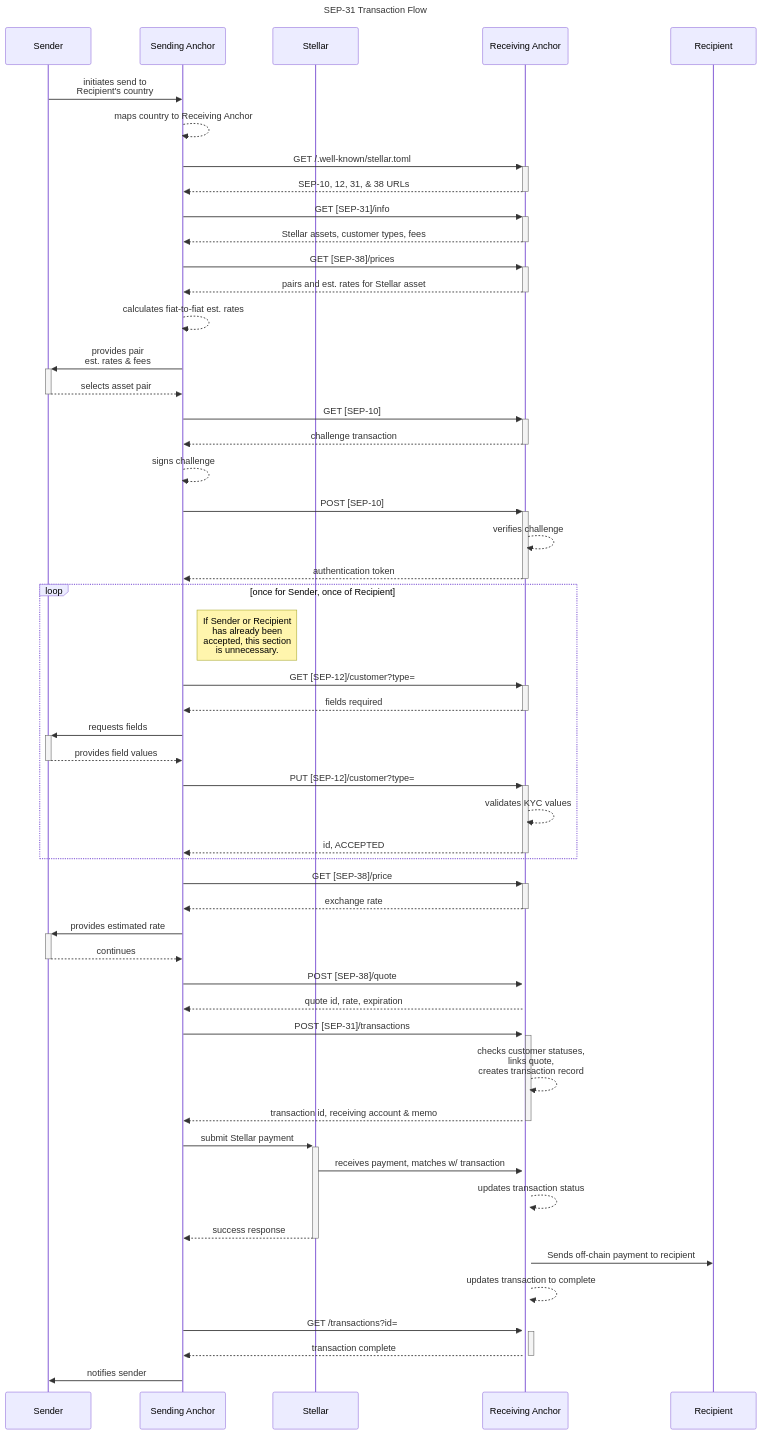
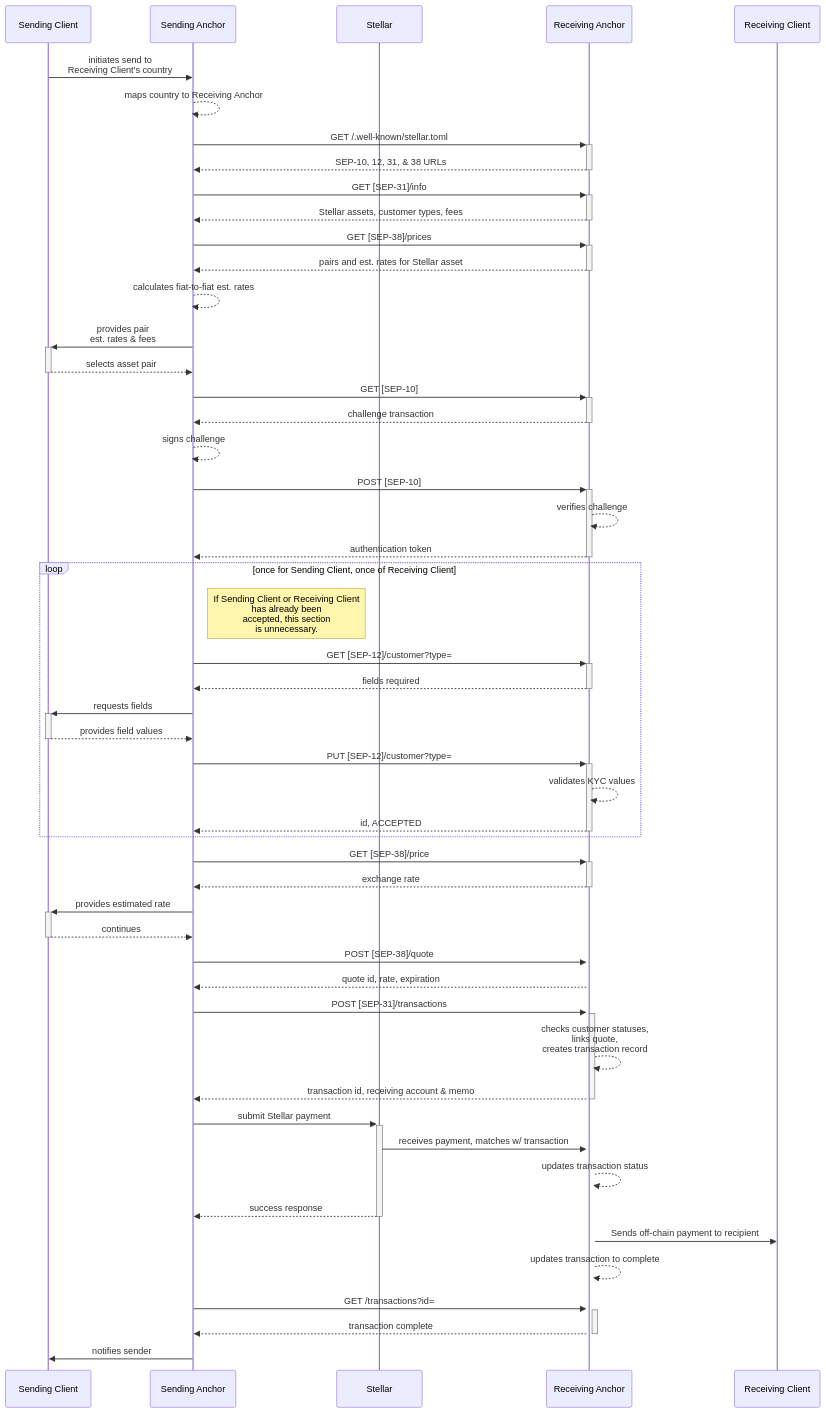
The diagram in ecosystem/sep-0031.md (stellar/stellar-protocol), drawn with Mermaid before and after one commit.

Commit message:
rename sender/recipient

````diff
--- a/ecosystem/sep-0031.md
+++ b/ecosystem/sep-0031.md
@@ -43,62 +43,61 @@
 ```mermaid
 sequenceDiagram
-    title: SEP-31 Transaction Flow
-    participant Sender
+    participant Sending Client
     participant Sending Anchor
     participant Stellar
     participant Receiving Anchor
-    participant Recipient
-    Sender->>Sending Anchor: initiates send to <br> Recipient's country
+    participant Receiving Client
+    Sending Client->>Sending Anchor: initiates send to <br> Receiving Client's country
     Sending Anchor-->>Sending Anchor: maps country to Receiving Anchor
 
     Sending Anchor->>+Receiving Anchor: GET /.well-known/stellar.toml
     Receiving Anchor-->>-Sending Anchor: SEP-10, 12, 31, & 38 URLs
     Sending Anchor->>+Receiving Anchor: GET [SEP-31]/info
     Receiving Anchor-->>-Sending Anchor: Stellar assets, customer types, fees
     Sending Anchor->>+Receiving Anchor: GET [SEP-38]/prices
     Receiving Anchor-->>-Sending Anchor: pairs and est. rates for Stellar asset
 
     Sending Anchor-->>Sending Anchor: calculates fiat-to-fiat est. rates
-    Sending Anchor->>+Sender: provides pair <br> est. rates & fees
-    Sender-->>-Sending Anchor: selects asset pair
+    Sending Anchor->>+Sending Client: provides pair <br> est. rates & fees
+    Sending Client-->>-Sending Anchor: selects asset pair
 
     Sending Anchor->>+Receiving Anchor: GET [SEP-10]
     Receiving Anchor-->>-Sending Anchor: challenge transaction
     Sending Anchor-->>Sending Anchor: signs challenge
     Sending Anchor->>+Receiving Anchor: POST [SEP-10]
     Receiving Anchor-->>Receiving Anchor: verifies challenge
     Receiving Anchor-->>-Sending Anchor: authentication token
 
-    loop once for Sender, once of Recipient
-        note right of Sending Anchor: If Sender or Recipient <br >has already been <br> accepted, this section <br> is unnecessary.
+    loop once for Sending Client, once of Receiving Client
+        note right of Sending Anchor: If Sending Client or Receiving Client <br >has already been <br> accepted, this section <br> is unnecessary.
         Sending Anchor->>+Receiving Anchor: GET [SEP-12]/customer?type=
         Receiving Anchor-->>-Sending Anchor: fields required
-        Sending Anchor->>+Sender: requests fields
-        Sender-->>-Sending Anchor: provides field values
+        Sending Anchor->>+Sending Client: requests fields
+        Sending Client-->>-Sending Anchor: provides field values
         Sending Anchor->>+Receiving Anchor: PUT [SEP-12]/customer?type=
         Receiving Anchor-->>Receiving Anchor: validates KYC values
         Receiving Anchor-->>-Sending Anchor: id, ACCEPTED
     end
 
     Sending Anchor->>+Receiving Anchor: GET [SEP-38]/price
     Receiving Anchor-->>-Sending Anchor: exchange rate
-    Sending Anchor->>+Sender: provides estimated rate
-    Sender-->>-Sending Anchor: continues
+    Sending Anchor->>+Sending Client: provides estimated rate
+    Sending Client-->>-Sending Anchor: continues
     Sending Anchor->>+Receiving Anchor: POST [SEP-38]/quote
     Receiving Anchor-->>Sending Anchor: quote id, rate, expiration
     
     Sending Anchor->>+Receiving Anchor: POST [SEP-31]/transactions
     Receiving Anchor-->>Receiving Anchor: checks customer statuses, <br> links quote, <br> creates transaction record
     Receiving Anchor-->>-Sending Anchor: transaction id, receiving account & memo
 
     Sending Anchor->>+Stellar: submit Stellar payment
     Stellar->>+Receiving Anchor: receives payment, matches w/ transaction
     Receiving Anchor-->>Receiving Anchor: updates transaction status
     Stellar-->>-Sending Anchor: success response
 
-    Receiving Anchor->>Recipient: Sends off-chain payment to recipient
+    Receiving Anchor->>Receiving Client: Sends off-chain payment to recipient
     Receiving Anchor-->>Receiving Anchor: updates transaction to complete
     Sending Anchor->>+Receiving Anchor: GET /transactions?id=
     Receiving Anchor-->>-Sending Anchor: transaction complete
-    Sending Anchor->>Sender: notifies sender
+    Sending Anchor->>Sending Client: notifies sender
 ```
````
